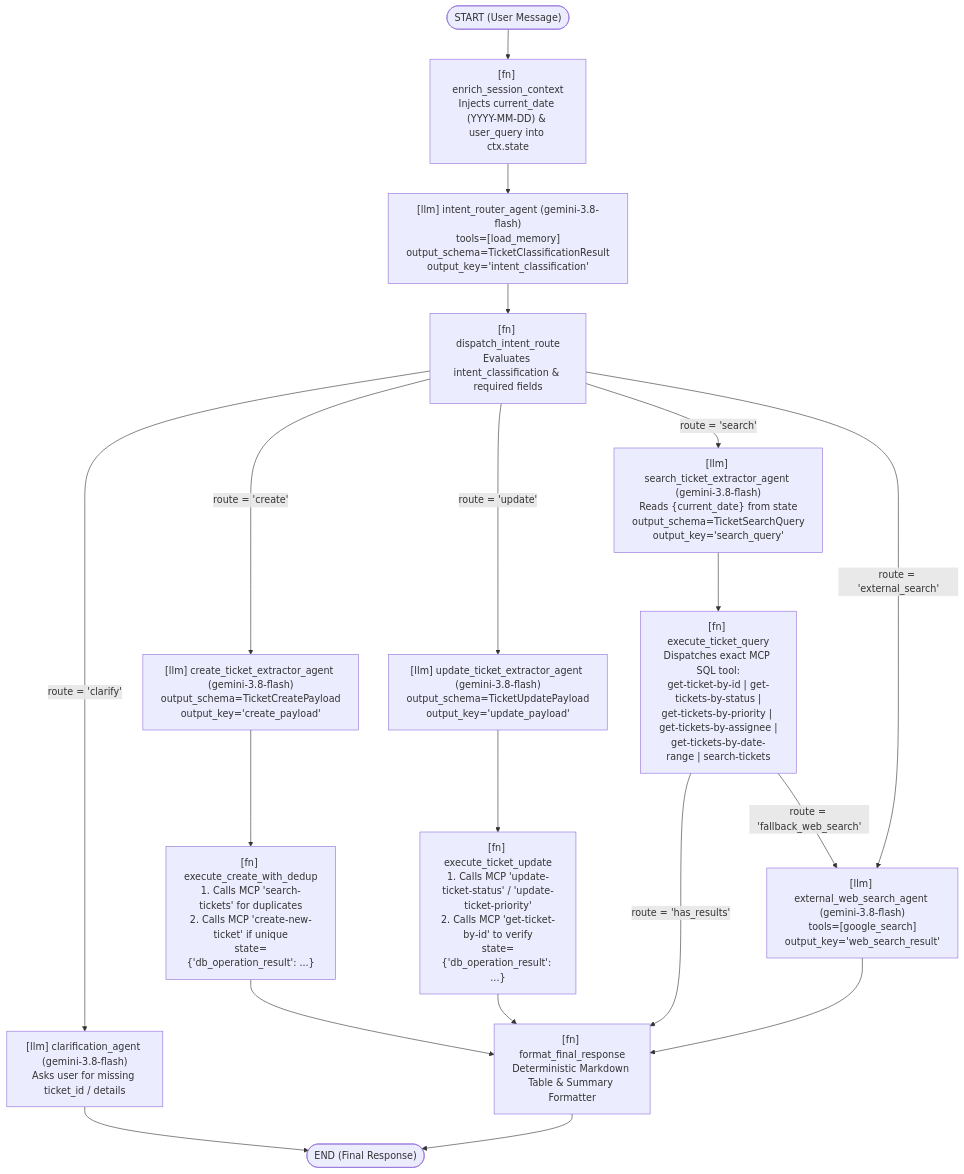
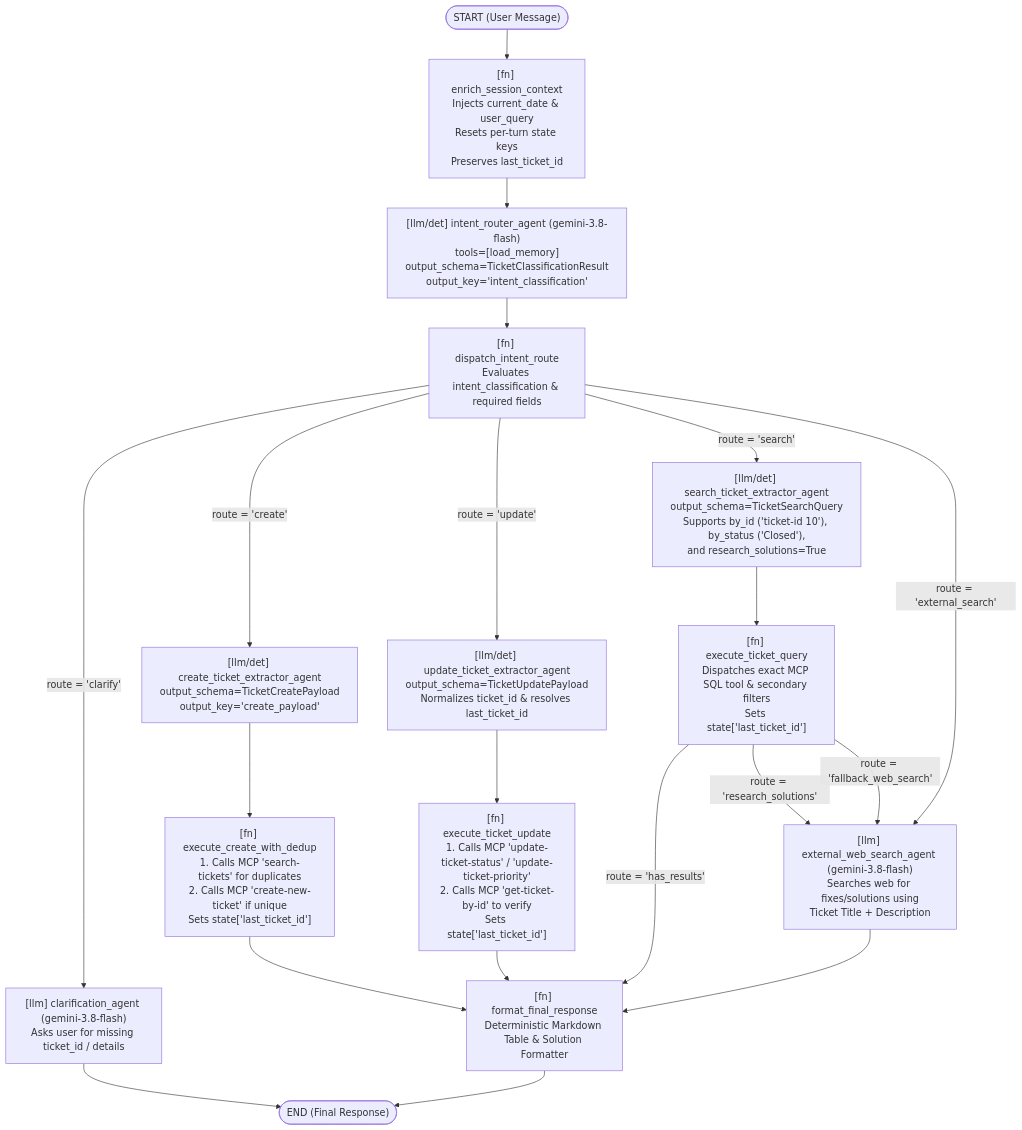
One commit to ypenn21/adk-agents changed the diagram in plans/adk2-graph-migration-design.md. Above: the diagram before and after it, drawn with Mermaid. The commit also changed other lines of this file and 7 other files, not shown here.

````diff
--- a/plans/adk2-graph-migration-design.md
+++ b/plans/adk2-graph-migration-design.md
@@ -250,27 +135,28 @@
 ```mermaid
 flowchart TD
-    Start(["START (User Message)"]) --> Enrich["[fn] enrich_session_context<br/>Injects current_date (YYYY-MM-DD) & user_query into ctx.state"]
-    Enrich --> RouterLLM["[llm] intent_router_agent (gemini-3.8-flash)<br/>tools=[load_memory]<br/>output_schema=TicketClassificationResult<br/>output_key='intent_classification'"]
+    Start(["START (User Message)"]) --> Enrich["[fn] enrich_session_context<br/>Injects current_date & user_query<br/>Resets per-turn state keys<br/>Preserves last_ticket_id"]
+    Enrich --> RouterLLM["[llm/det] intent_router_agent (gemini-3.8-flash)<br/>tools=[load_memory]<br/>output_schema=TicketClassificationResult<br/>output_key='intent_classification'"]
     RouterLLM --> Dispatch["[fn] dispatch_intent_route<br/>Evaluates intent_classification & required fields"]
 
     Dispatch -- "route = 'clarify'" --> ClarifyLLM["[llm] clarification_agent (gemini-3.8-flash)<br/>Asks user for missing ticket_id / details"]
     ClarifyLLM --> EndNode(["END (Final Response)"])
 
-    Dispatch -- "route = 'create'" --> CreateExtractLLM["[llm] create_ticket_extractor_agent (gemini-3.8-flash)<br/>output_schema=TicketCreatePayload<br/>output_key='create_payload'"]
-    CreateExtractLLM --> ExecCreate["[fn] execute_create_with_dedup<br/>1. Calls MCP 'search-tickets' for duplicates<br/>2. Calls MCP 'create-new-ticket' if unique<br/>state={'db_operation_result': ...}"]
-    ExecCreate --> FormatNode["[fn] format_final_response<br/>Deterministic Markdown Table & Summary Formatter"]
+    Dispatch -- "route = 'create'" --> CreateExtractLLM["[llm/det] create_ticket_extractor_agent<br/>output_schema=TicketCreatePayload<br/>output_key='create_payload'"]
+    CreateExtractLLM --> ExecCreate["[fn] execute_create_with_dedup<br/>1. Calls MCP 'search-tickets' for duplicates<br/>2. Calls MCP 'create-new-ticket' if unique<br/>Sets state['last_ticket_id']"]
+    ExecCreate --> FormatNode["[fn] format_final_response<br/>Deterministic Markdown Table & Solution Formatter"]
 
-    Dispatch -- "route = 'update'" --> UpdateExtractLLM["[llm] update_ticket_extractor_agent (gemini-3.8-flash)<br/>output_schema=TicketUpdatePayload<br/>output_key='update_payload'"]
-    UpdateExtractLLM --> ExecUpdate["[fn] execute_ticket_update<br/>1. Calls MCP 'update-ticket-status' / 'update-ticket-priority'<br/>2. Calls MCP 'get-ticket-by-id' to verify<br/>state={'db_operation_result': ...}"]
+    Dispatch -- "route = 'update'" --> UpdateExtractLLM["[llm/det] update_ticket_extractor_agent<br/>output_schema=TicketUpdatePayload<br/>Normalizes ticket_id & resolves last_ticket_id"]
+    UpdateExtractLLM --> ExecUpdate["[fn] execute_ticket_update<br/>1. Calls MCP 'update-ticket-status' / 'update-ticket-priority'<br/>2. Calls MCP 'get-ticket-by-id' to verify<br/>Sets state['last_ticket_id']"]
     ExecUpdate --> FormatNode
 
-    Dispatch -- "route = 'search'" --> SearchExtractLLM["[llm] search_ticket_extractor_agent (gemini-3.8-flash)<br/>Reads {current_date} from state<br/>output_schema=TicketSearchQuery<br/>output_key='search_query'"]
-    SearchExtractLLM --> ExecSearch["[fn] execute_ticket_query<br/>Dispatches exact MCP SQL tool:<br/>get-ticket-by-id | get-tickets-by-status |<br/>get-tickets-by-priority | get-tickets-by-assignee |<br/>get-tickets-by-date-range | search-tickets"]
+    Dispatch -- "route = 'search'" --> SearchExtractLLM["[llm/det] search_ticket_extractor_agent<br/>output_schema=TicketSearchQuery<br/>Supports by_id ('ticket-id 10'), by_status ('Closed'),<br/>and research_solutions=True"]
+    SearchExtractLLM --> ExecSearch["[fn] execute_ticket_query<br/>Dispatches exact MCP SQL tool & secondary filters<br/>Sets state['last_ticket_id']"]
 
     ExecSearch -- "route = 'has_results'" --> FormatNode
-    ExecSearch -- "route = 'fallback_web_search'" --> WebSearchLLM["[llm] external_web_search_agent (gemini-3.8-flash)<br/>tools=[google_search]<br/>output_key='web_search_result'"]
+    ExecSearch -- "route = 'research_solutions'" --> WebSearchLLM["[llm] external_web_search_agent (gemini-3.8-flash)<br/>Searches web for fixes/solutions using<br/>Ticket Title + Description"]
+    ExecSearch -- "route = 'fallback_web_search'" --> WebSearchLLM
 
     Dispatch -- "route = 'external_search'" --> WebSearchLLM
     WebSearchLLM --> FormatNode
     FormatNode --> EndNode
 ```
````
